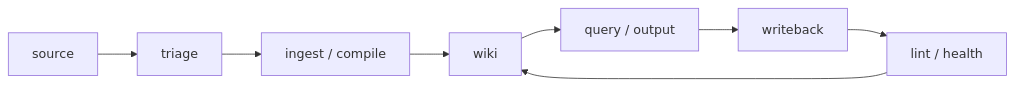
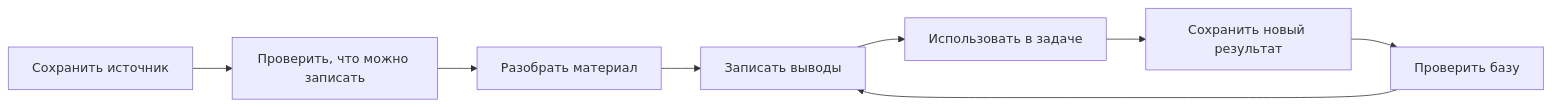
The diagram in README.md (MakenYutvi/template-kb), drawn with Mermaid before and after one commit. The commit also changed other lines of this file and 51 other files, not shown here.

````diff
--- a/README.md
+++ b/README.md
@@ -30,10 +25,10 @@
 ```mermaid
 flowchart LR
-    source["source"] --> triage["triage"]
-    triage --> ingest["ingest / compile"]
-    ingest --> wiki["wiki"]
-    wiki --> output["query / output"]
-    output --> writeback["writeback"]
-    writeback --> health["lint / health"]
+    source["Сохранить источник"] --> triage["Проверить, что можно записать"]
+    triage --> ingest["Разобрать материал"]
+    ingest --> wiki["Записать выводы"]
+    wiki --> output["Использовать в задаче"]
+    output --> writeback["Сохранить новый результат"]
+    writeback --> health["Проверить базу"]
     health --> wiki
 ```
````
